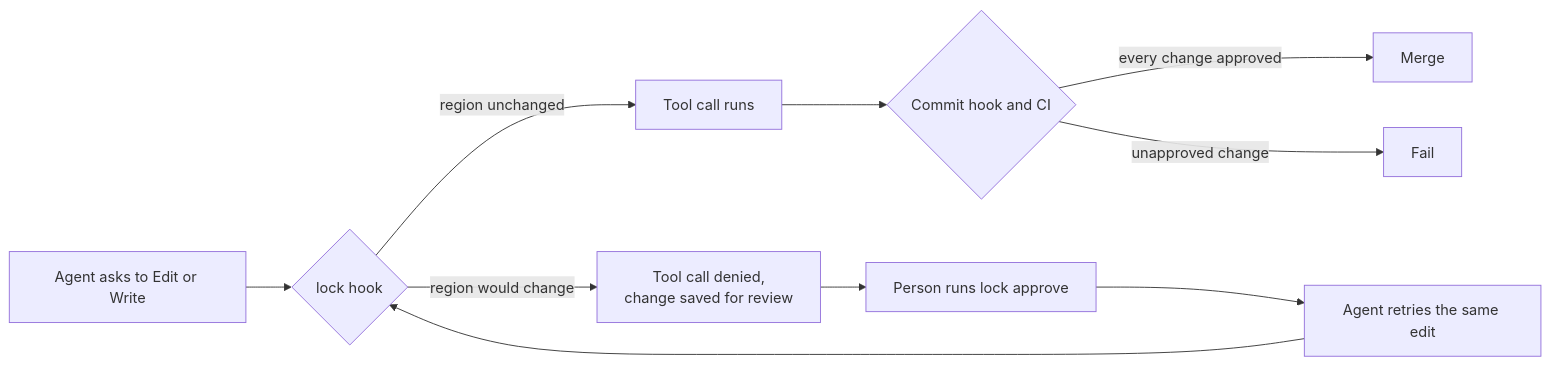
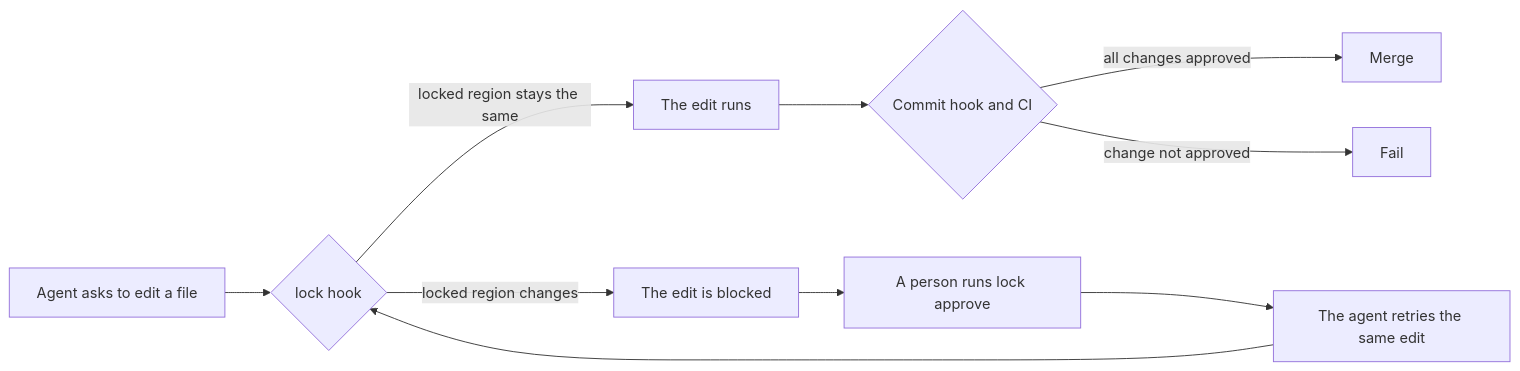
The diagram in README.md (dariodaddamio/lock), drawn with Mermaid before and after one commit. The commit also changed other lines of this file and 5 other files, not shown here.

````diff
--- a/README.md
+++ b/README.md
@@ -24,12 +46,12 @@
 ```mermaid
 flowchart LR
-    A[Agent asks to Edit or Write] --> H{lock hook}
-    H -- region unchanged --> W[Tool call runs]
-    H -- region would change --> D[Tool call denied,<br/>change saved for review]
-    D --> P[Person runs lock approve]
-    P --> R[Agent retries the same edit]
+    A[Agent asks to edit a file] --> H{lock hook}
+    H -- locked region stays the same --> W[The edit runs]
+    H -- locked region changes --> D[The edit is blocked]
+    D --> P[A person runs lock approve]
+    P --> R[The agent retries the same edit]
     R --> H
     W --> C{Commit hook and CI}
-    C -- every change approved --> M[Merge]
-    C -- unapproved change --> F[Fail]
+    C -- all changes approved --> M[Merge]
+    C -- change not approved --> F[Fail]
 ```
````
